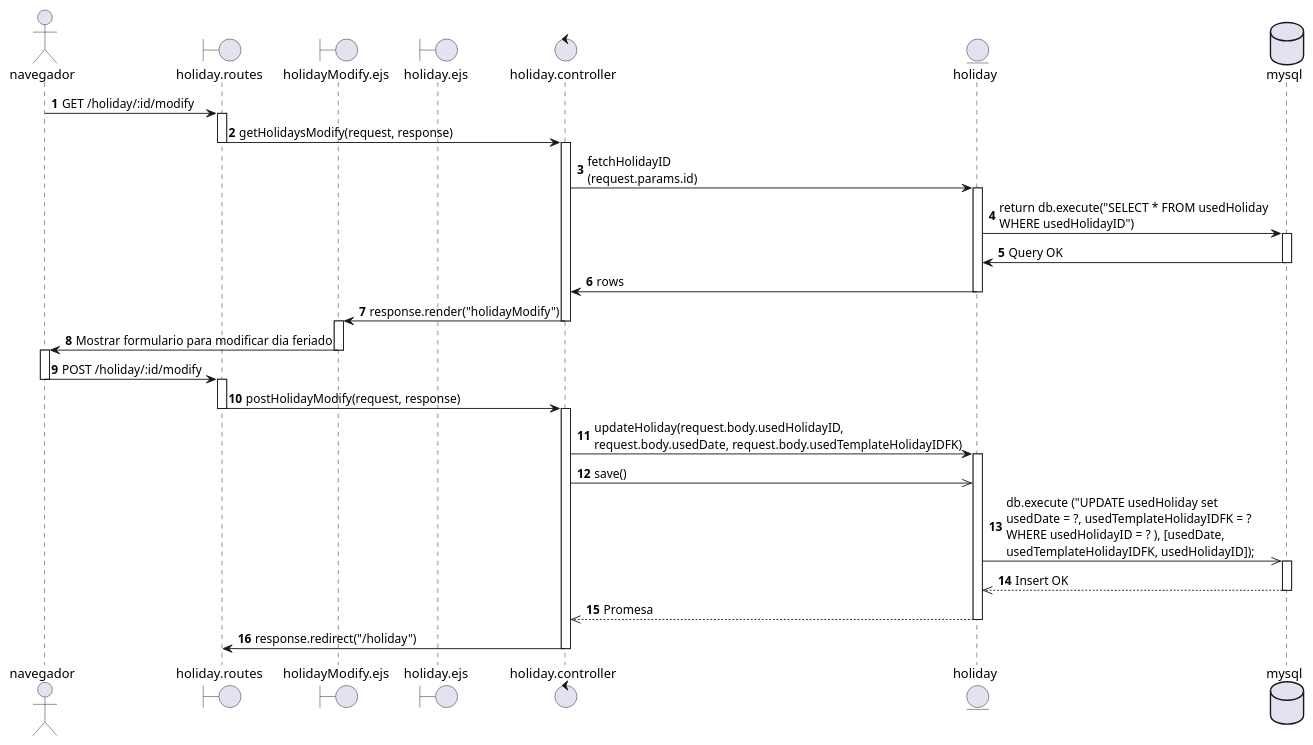
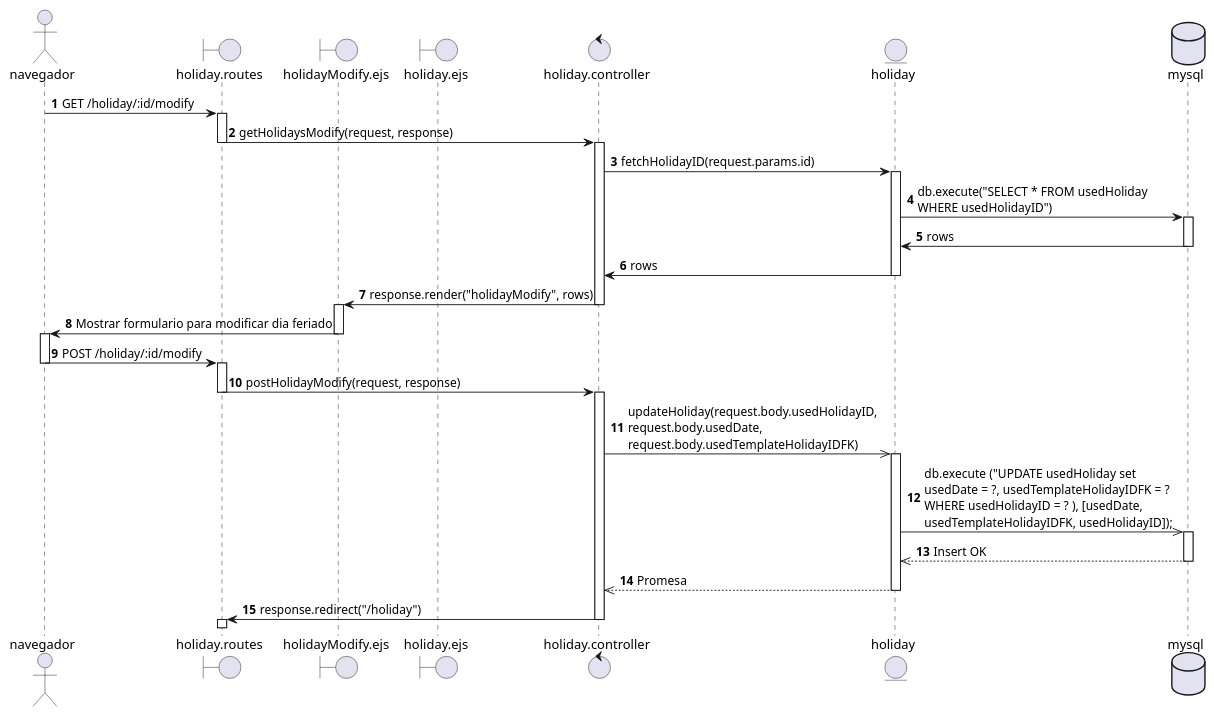
The diagram in diagrams/Casos de Uso/CU Emilio/DS/CU30.puml (EdCanCe/WorkCells), drawn with PlantUML before and after one commit. The commit also changed 1 other file, not shown here.

Commit message:
Correccion de diagrams de secuencia de CU28 y CU30

```diff
--- a/diagrams/Casos de Uso/CU Emilio/DS/CU30.puml
+++ b/diagrams/Casos de Uso/CU Emilio/DS/CU30.puml
@@ -1,60 +1,60 @@
 @startuml CU30 - Superadmin modifica dia feriado
 actor navegador
 boundary holiday.routes
 boundary holidayModify.ejs
 boundary holiday.ejs
 control holiday.controller
 entity holiday
 database mysql
 
 autonumber
 navegador -> holiday.routes : GET /holiday/:id/modify
 activate holiday.routes
 
 holiday.routes -> holiday.controller: getHolidaysModify(request, response)
 deactivate holiday.routes
 activate holiday.controller
 
-holiday.controller -> holiday: fetchHolidayID \n(request.params.id)
+holiday.controller -> holiday: fetchHolidayID(request.params.id)
 activate holiday
 
-holiday -> mysql: return db.execute("SELECT * FROM usedHoliday \nWHERE usedHolidayID")
+holiday -> mysql: db.execute("SELECT * FROM usedHoliday \nWHERE usedHolidayID")
 activate mysql
-mysql -> holiday: Query OK
+mysql -> holiday: rows
 deactivate mysql
 
 holiday -> holiday.controller: rows
 deactivate holiday
 
-holiday.controller -> holidayModify.ejs: response.render("holidayModify")
+holiday.controller -> holidayModify.ejs: response.render("holidayModify", rows)
 deactivate holiday.controller
 activate holidayModify.ejs
 
 holidayModify.ejs -> navegador : Mostrar formulario para modificar dia feriado
 deactivate holidayModify.ejs
 activate navegador
 
 navegador -> holiday.routes : POST /holiday/:id/modify
 deactivate navegador
 activate holiday.routes
 
 holiday.routes -> holiday.controller : postHolidayModify(request, response)
 deactivate holiday.routes
 activate holiday.controller
 
-holiday.controller -> holiday : updateHoliday(request.body.usedHolidayID, \nrequest.body.usedDate, request.body.usedTemplateHolidayIDFK)
+holiday.controller ->> holiday : updateHoliday(request.body.usedHolidayID, \nrequest.body.usedDate, \nrequest.body.usedTemplateHolidayIDFK)
 activate holiday
-
-holiday.controller ->> holiday : save()
 
 holiday ->> mysql : db.execute ("UPDATE usedHoliday set \nusedDate = ?, usedTemplateHolidayIDFK = ? \nWHERE usedHolidayID = ? ), [usedDate, \nusedTemplateHolidayIDFK, usedHolidayID]);
 activate mysql
 mysql -->> holiday : Insert OK
 deactivate mysql
 holiday -->> holiday.controller : Promesa
 deactivate holiday
 
 holiday.controller -> holiday.routes : response.redirect("/holiday")
 deactivate holiday.controller
+activate holiday.routes
+deactivate holiday.routes
 
 @enduml
```
